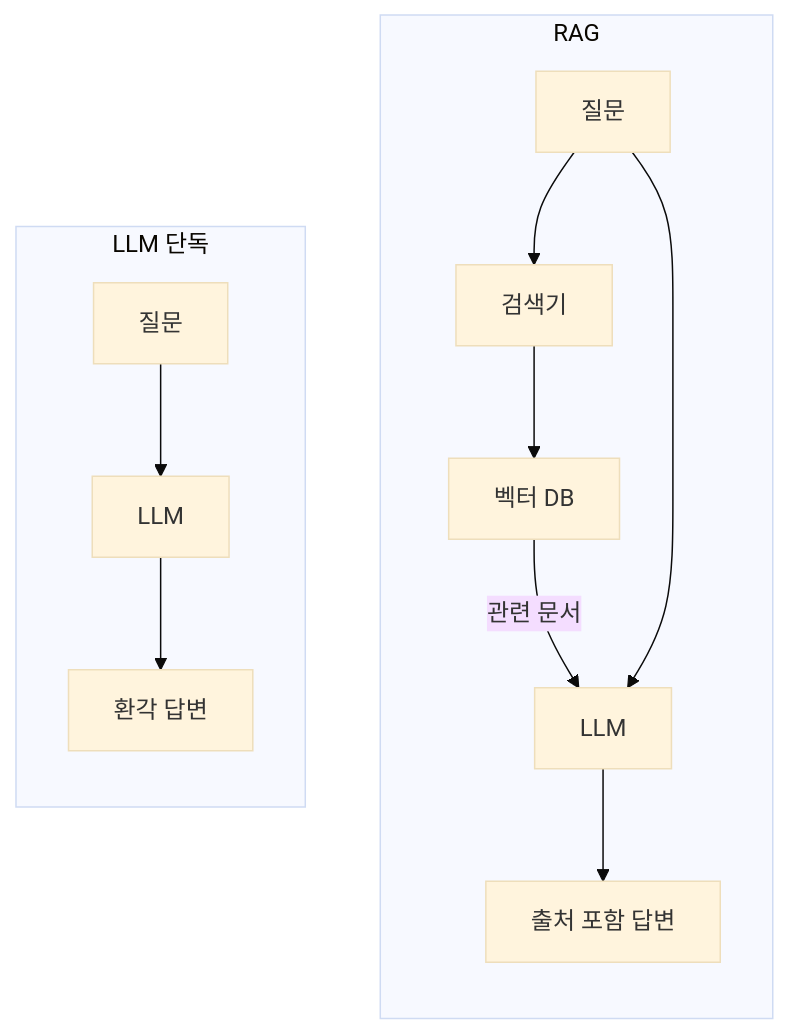
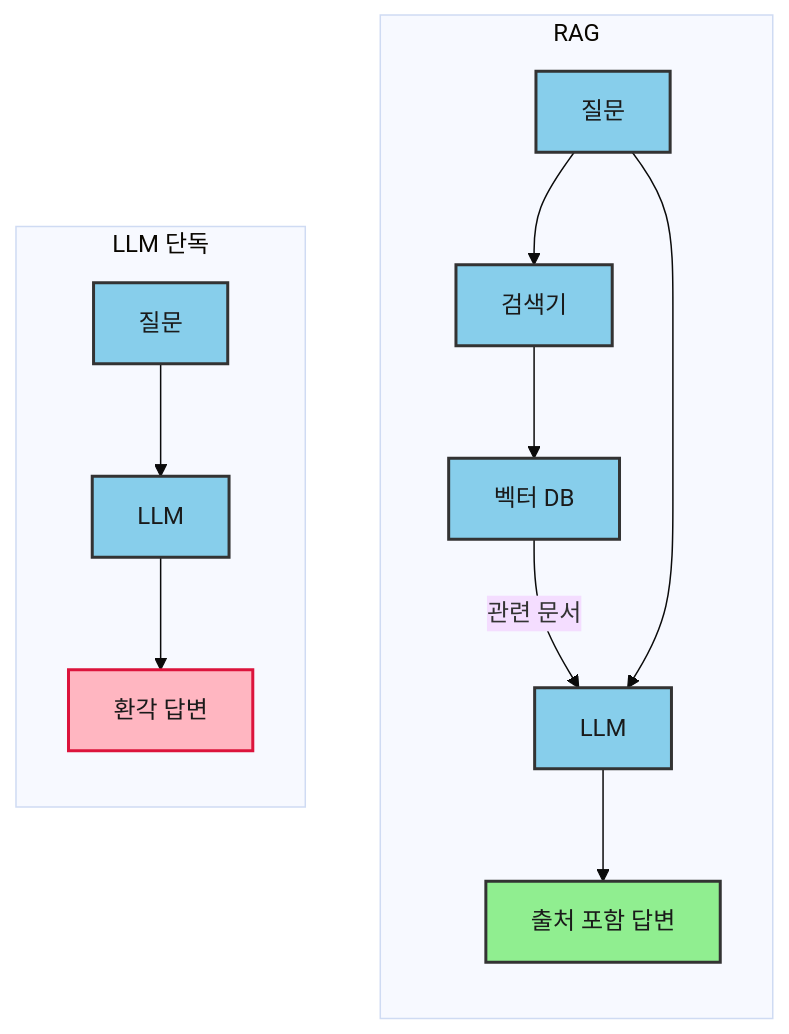
The first of 2 diagrams in projects/사내AI비서_v2/chapters/01-환각과-RAG의-첫-만남.md (coderyu5523/book-workflow), drawn with Mermaid (base theme) before and after one commit. The commit also changed other lines of this file and 85 other files, not shown here.

````diff
--- a/projects/사내AI비서_v2/chapters/01-환각과-RAG의-첫-만남.md
+++ b/projects/사내AI비서_v2/chapters/01-환각과-RAG의-첫-만남.md
@@ -185,17 +185,24 @@
 ```mermaid
 flowchart LR
     subgraph Before ["LLM 단독"]
         Q1["질문"] --> LLM1["LLM"]
         LLM1 --> A1["환각 답변"]
     end
 
     subgraph After ["RAG"]
         Q2["질문"] --> R["검색기"]
         R --> VDB["벡터 DB"]
         VDB -- "관련 문서" --> LLM2["LLM"]
         Q2 --> LLM2
         LLM2 --> A2["출처 포함 답변"]
     end
 
     Before ~~~ After
+
+    classDef default fill:#87CEEB,stroke:#333,stroke-width:2px,color:#1a1a1a
+    classDef danger fill:#FFB6C1,stroke:#DC143C,stroke-width:2px,color:#1a1a1a
+    classDef success fill:#90EE90,stroke:#333,stroke-width:2px,color:#1a1a1a
+
+    class A1 danger
+    class A2 success
 ```
````
